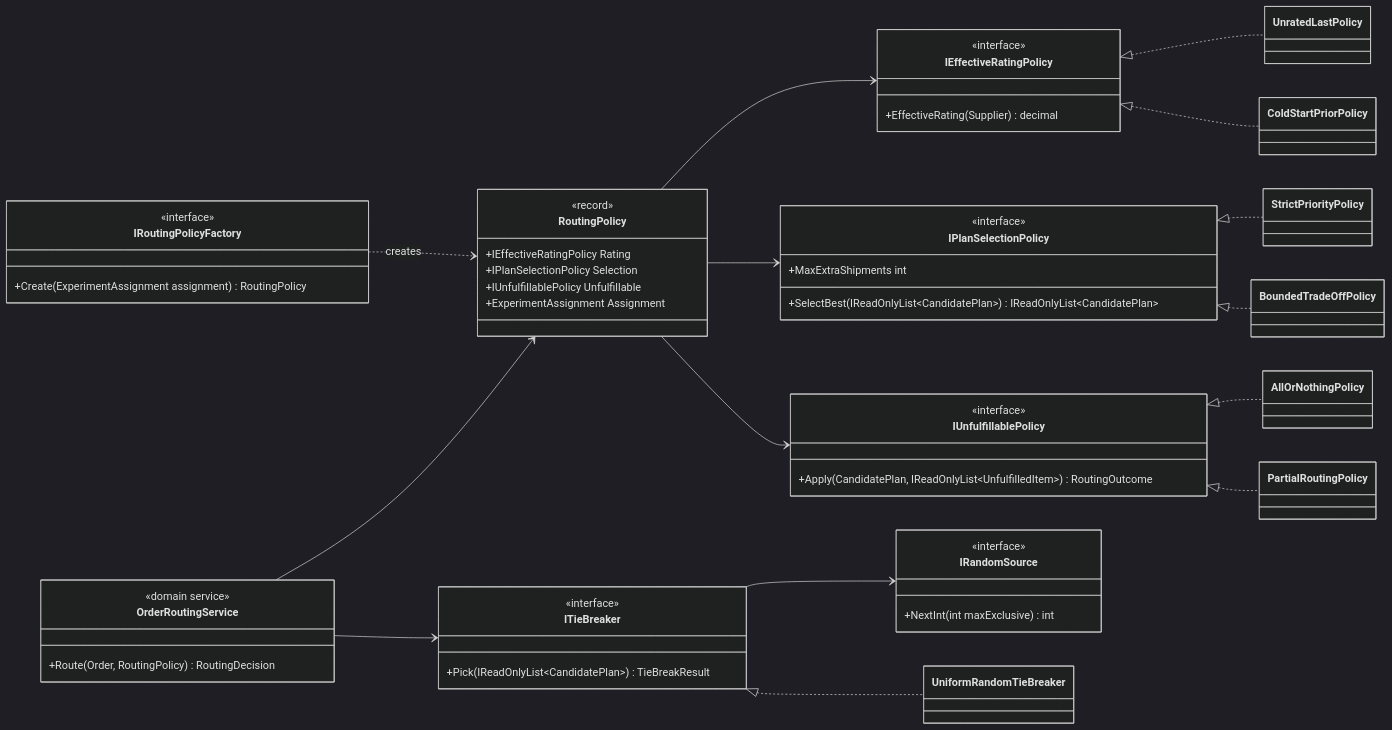
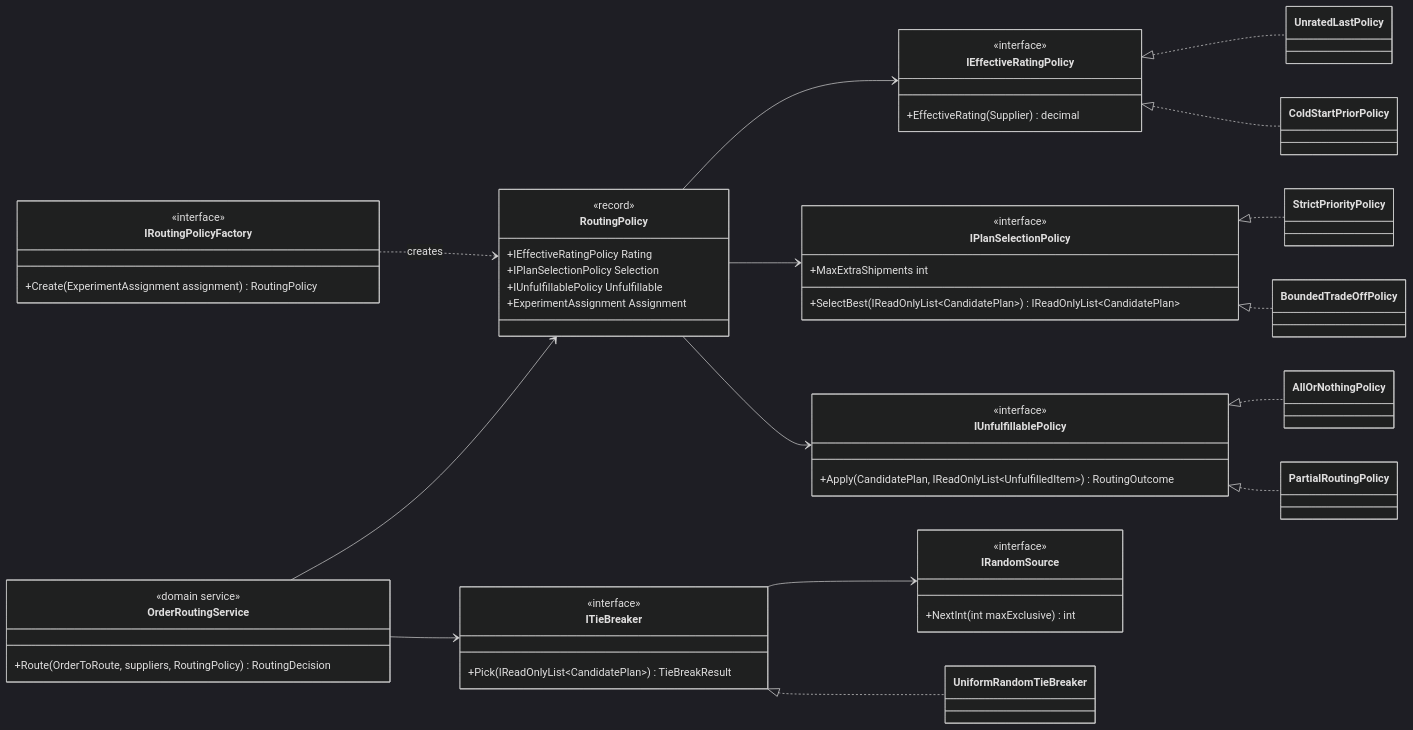
One commit to ricardochaidez/order-router changed the first of 2 diagrams in Docs/ADRs/ADR-0001-routing-strategy-composition.md. Above: the diagram before and after it, drawn with Mermaid (dark theme). The commit also changed other lines of this file and 30 other files, not shown here.

````diff
--- a/Docs/ADRs/ADR-0001-routing-strategy-composition.md
+++ b/Docs/ADRs/ADR-0001-routing-strategy-composition.md
@@ -59,54 +59,54 @@
 ```mermaid
 classDiagram
     direction LR
     class RoutingPolicy {
         <<record>>
         +IEffectiveRatingPolicy Rating
         +IPlanSelectionPolicy Selection
         +IUnfulfillablePolicy Unfulfillable
         +ExperimentAssignment Assignment
     }
     class IRoutingPolicyFactory {
         <<interface>>
         +Create(ExperimentAssignment assignment) RoutingPolicy
     }
     class OrderRoutingService {
         <<domain service>>
-        +Route(Order, RoutingPolicy) RoutingDecision
+        +Route(OrderToRoute, suppliers, RoutingPolicy) RoutingDecision
     }
     class IEffectiveRatingPolicy {
         <<interface>>
         +EffectiveRating(Supplier) decimal
     }
     class IPlanSelectionPolicy {
         <<interface>>
         +MaxExtraShipments int
         +SelectBest(IReadOnlyList~CandidatePlan~) IReadOnlyList~CandidatePlan~
     }
     class IUnfulfillablePolicy {
         <<interface>>
         +Apply(CandidatePlan, IReadOnlyList~UnfulfilledItem~) RoutingOutcome
     }
     class ITieBreaker {
         <<interface>>
         +Pick(IReadOnlyList~CandidatePlan~) TieBreakResult
     }
     class IRandomSource {
         <<interface>>
         +NextInt(int maxExclusive) int
     }
     IRoutingPolicyFactory ..> RoutingPolicy : creates
     OrderRoutingService --> RoutingPolicy
     OrderRoutingService --> ITieBreaker
     RoutingPolicy --> IEffectiveRatingPolicy
     RoutingPolicy --> IPlanSelectionPolicy
     RoutingPolicy --> IUnfulfillablePolicy
     ITieBreaker --> IRandomSource
     IEffectiveRatingPolicy <|.. UnratedLastPolicy
     IEffectiveRatingPolicy <|.. ColdStartPriorPolicy
     IPlanSelectionPolicy <|.. StrictPriorityPolicy
     IPlanSelectionPolicy <|.. BoundedTradeOffPolicy
     IUnfulfillablePolicy <|.. AllOrNothingPolicy
     IUnfulfillablePolicy <|.. PartialRoutingPolicy
     ITieBreaker <|.. UniformRandomTieBreaker
 ```
````
